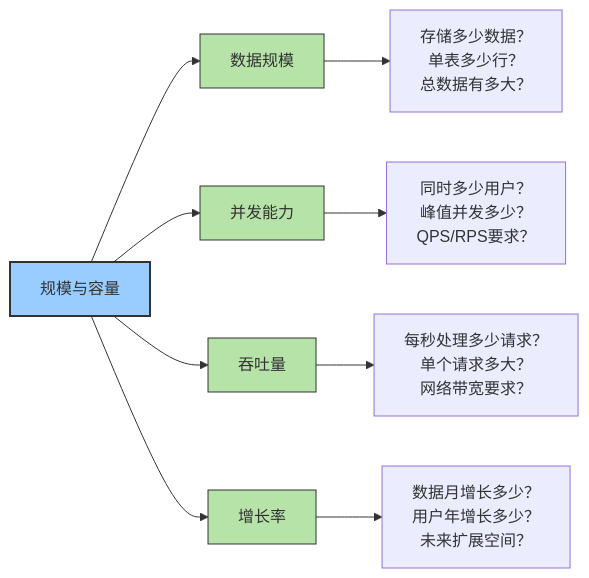
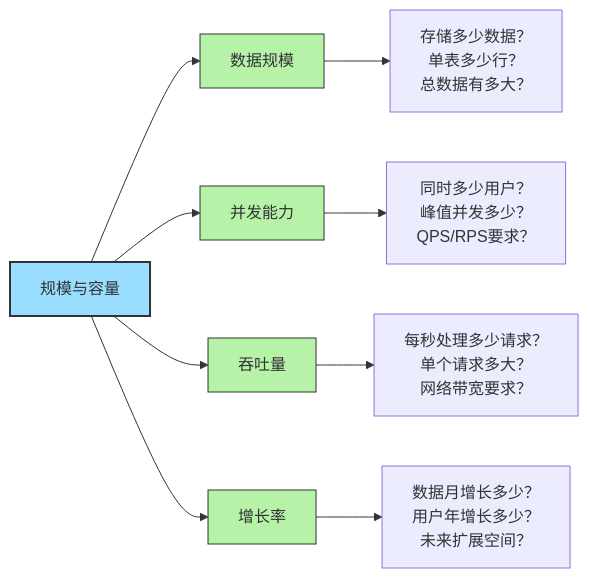
The second of 10 diagrams in start-here/AI-Era-Programmers-as-System-Design-Engineers.md (microwind/algorithms), drawn with Mermaid before and after one commit. The commit also changed other lines of this file and 4 other files, not shown here.

````diff
--- a/start-here/AI-Era-Programmers-as-System-Design-Engineers.md
+++ b/start-here/AI-Era-Programmers-as-System-Design-Engineers.md
@@ -180,18 +193,18 @@
 ```mermaid
 graph LR
     A[规模与容量] --> B1[数据规模]
     A --> B2[并发能力]
     A --> B3[吞吐量]
     A --> B4[增长率]
 
     B1 --> B1a["存储多少数据？<br/>单表多少行？<br/>总数据有多大？"]
     B2 --> B2a["同时多少用户？<br/>峰值并发多少？<br/>QPS/RPS要求？"]
     B3 --> B3a["每秒处理多少请求？<br/>单个请求多大？<br/>网络带宽要求？"]
     B4 --> B4a["数据月增长多少？<br/>用户年增长多少？<br/>未来扩展空间？"]
 
     %% 颜色
-    classDef main fill:#99ccff,stroke:#333,stroke-width:2px;
-    classDef detail fill:#b6e3a8,stroke:#333;
+    classDef main fill:#99ddff,stroke:#333,stroke-width:2px;
+    classDef detail fill:#b6f3a8,stroke:#333;
     class A main;
     class B1,B2,B3,B4 detail;
 ```
````
